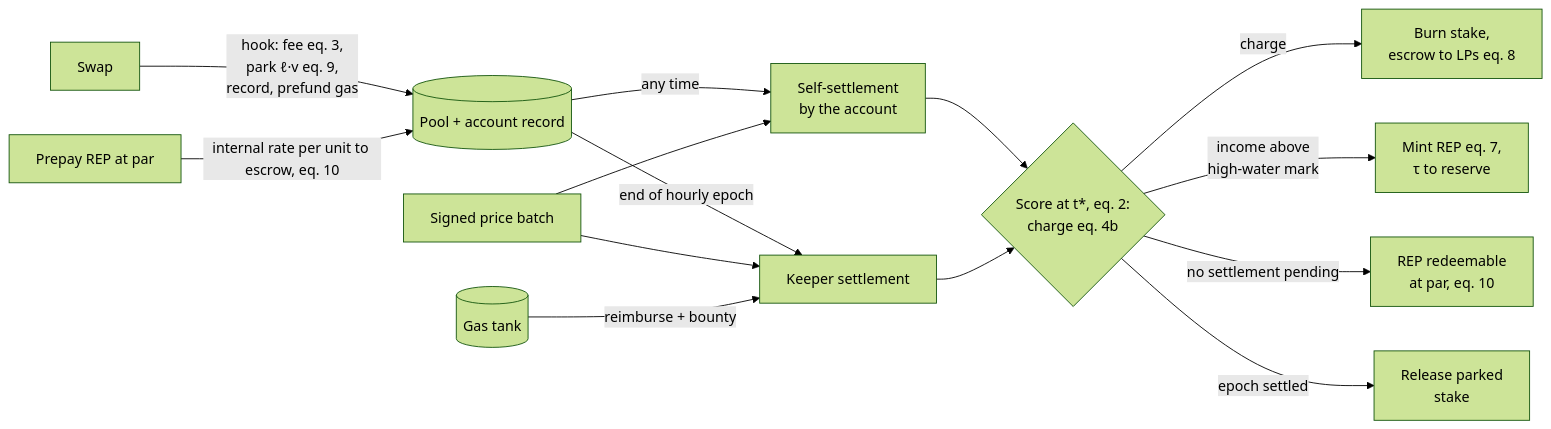
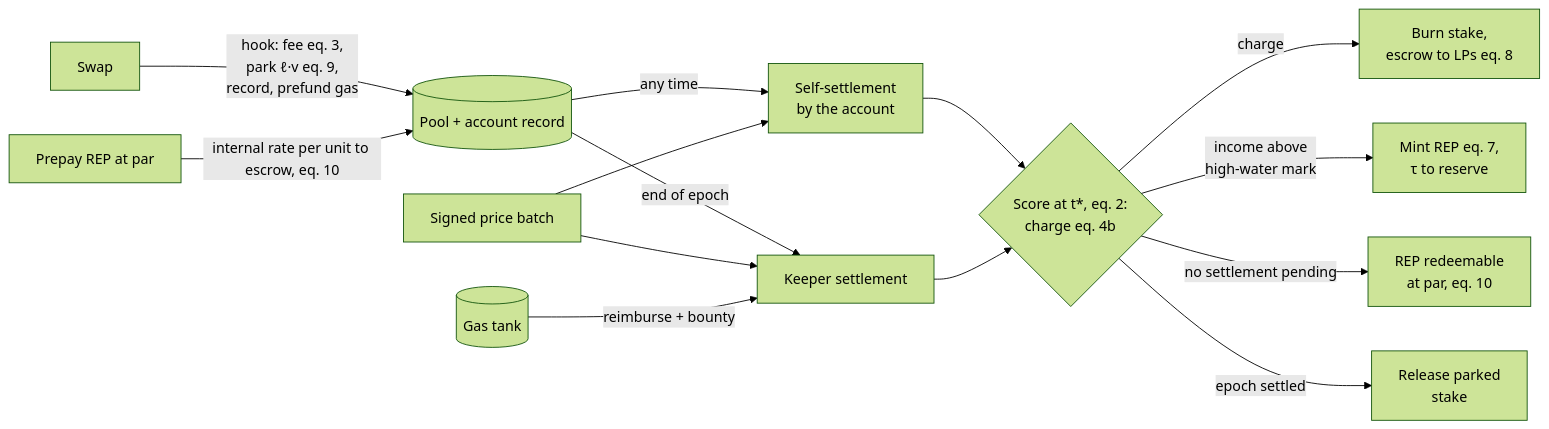
One commit to peersky/ammbro changed the diagram in paper.md. Above: the diagram before and after it, drawn with Mermaid (forest theme). The commit also changed other lines of this file and 6 other files, not shown here.

````diff
--- a/paper.md
+++ b/paper.md
@@ -81,16 +83,16 @@
 ```mermaid
 flowchart LR
   S[Swap] -->|hook: fee eq. 3,<br/>park ℓ·v eq. 9,<br/>record, prefund gas| P[(Pool + account record)]
   L[Prepay REP at par] -->|internal rate per unit to escrow, eq. 10| P
   P -->|any time| SS[Self-settlement<br/>by the account]
-  P -->|end of hourly epoch| K[Keeper settlement]
+  P -->|end of epoch| K[Keeper settlement]
   O[Signed price batch] --> SS
   O --> K
   SS --> R{Score at t*, eq. 2:<br/>charge eq. 4b}
   K --> R
   R -->|charge| B[Burn stake,<br/>escrow to LPs eq. 8]
   R -->|income above<br/>high-water mark| M[Mint REP eq. 7,<br/>τ to reserve]
   R -->|no settlement pending| A[REP redeemable<br/>at par, eq. 10]
   R -->|epoch settled| U[Release parked<br/>stake]
   T[(Gas tank)] -->|reimburse + bounty| K
 ```
````
